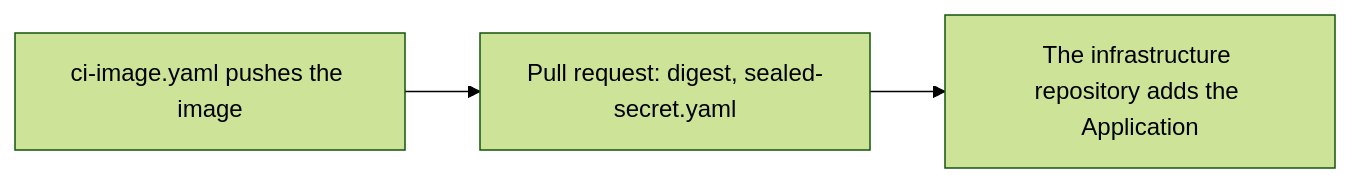
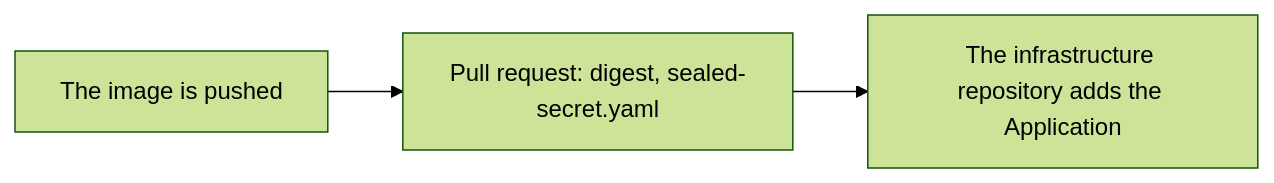
One commit to sumiredc/barpay changed the third of 3 diagrams in README.md. Above: the diagram before and after it, drawn with Mermaid (forest theme). The commit also changed other lines of this file and 3 other files, not shown here.

````diff
--- a/README.md
+++ b/README.md
@@ -458,4 +458,4 @@
 ```mermaid
 flowchart LR
-  A[ci-image.yaml pushes the image] --> B[Pull request: digest, sealed-secret.yaml] --> C[The infrastructure repository adds the Application]
+  A[The image is pushed] --> B[Pull request: digest, sealed-secret.yaml] --> C[The infrastructure repository adds the Application]
 ```
````
